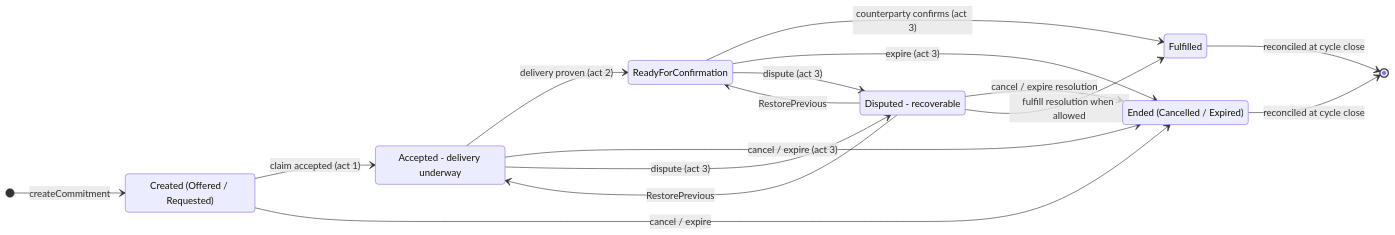
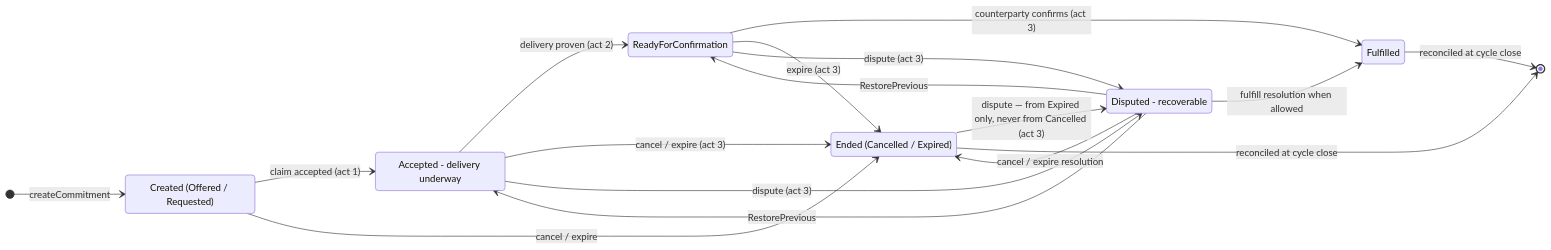
The seventh of 20 diagrams in .plans/active/commitment-pooling/diagrams.md (greenpill-dev-guild/green-goods), drawn with Mermaid before and after one commit. The commit also changed other lines of this file, not shown here.

First line of the commit message:
docs(plans): align commitment pooling diagrams with the frozen specs

````diff
--- a/.plans/active/commitment-pooling/diagrams.md
+++ b/.plans/active/commitment-pooling/diagrams.md
@@ -393,24 +429,25 @@
 ```mermaid
 stateDiagram-v2
   direction LR
   state "Created (Offered / Requested)" as CRE
   state "Accepted - delivery underway" as ACC
   state "ReadyForConfirmation" as RFC
   state "Disputed - recoverable" as DSP
   state "Ended (Cancelled / Expired)" as END
   [*] --> CRE : createCommitment
   CRE --> ACC : claim accepted (act 1)
   ACC --> RFC : delivery proven (act 2)
   RFC --> Fulfilled : counterparty confirms (act 3)
   CRE --> END : cancel / expire
   ACC --> END : cancel / expire (act 3)
   RFC --> END : expire (act 3)
   ACC --> DSP : dispute (act 3)
   RFC --> DSP : dispute (act 3)
+  END --> DSP : dispute — from Expired only, never from Cancelled (act 3)
   DSP --> ACC : RestorePrevious
   DSP --> RFC : RestorePrevious
   DSP --> END : cancel / expire resolution
   DSP --> Fulfilled : fulfill resolution when allowed
   Fulfilled --> [*] : reconciled at cycle close
   END --> [*] : reconciled at cycle close
 ```
````
